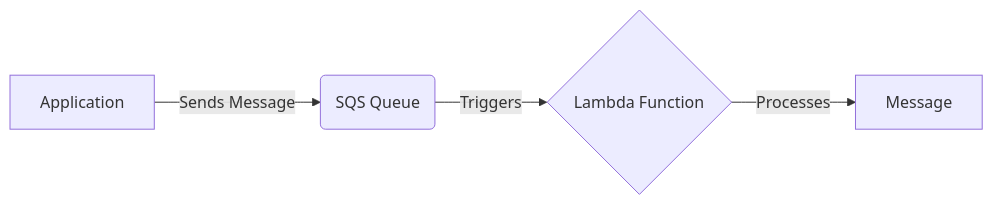
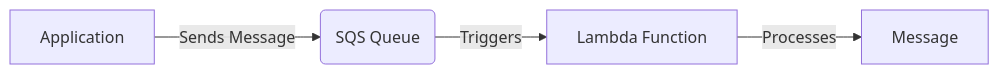
Before and after one commit to susmitpy/talks: diagram 13 of 15 in aws_lambda.md, drawn with Mermaid. The commit also changed other lines of this file and 6 other files, not shown here.

````diff
--- a/aws_lambda.md
+++ b/aws_lambda.md
@@ -570,7 +556,6 @@
 ```mermaid
 graph LR
     A[Application] -- Sends Message --> B(SQS Queue)
-    B -- Triggers --> C{Lambda Function}
+    B -- Triggers --> C[Lambda Function]
     C -- Processes --> D[Message]
-    class B,C fill:#f9f,stroke:#333,stroke-width:2px
 ```
````
